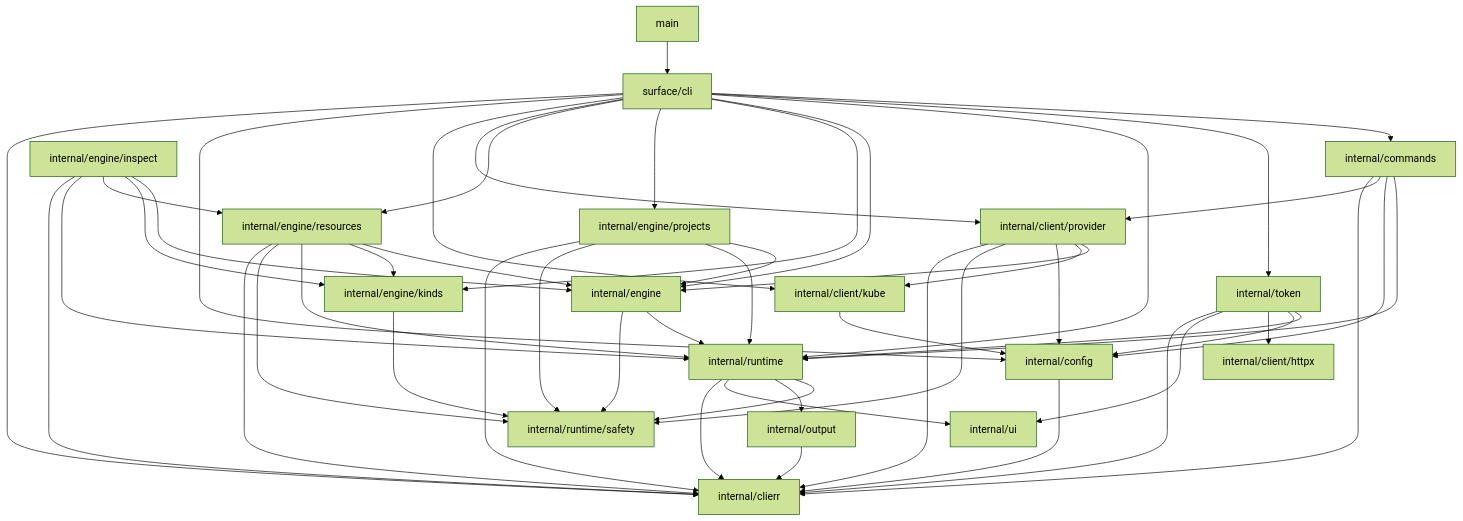
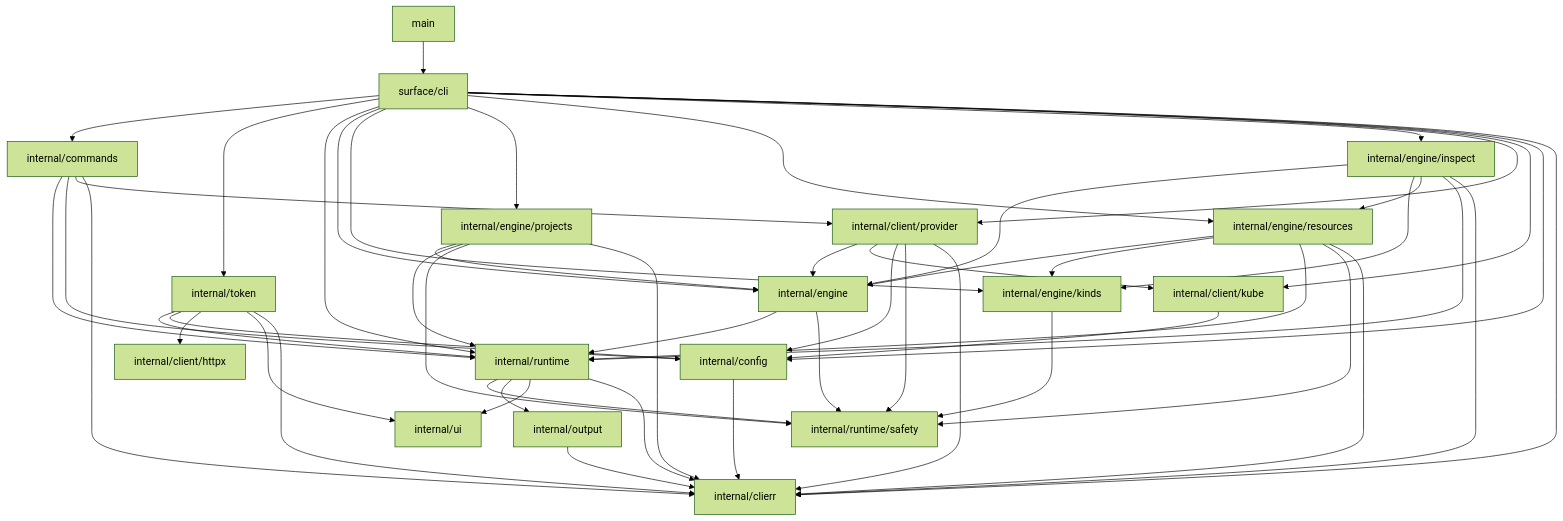
One commit to rancher/rancher-cli changed the diagram in ARCHITECTURE.md. Above: the diagram before and after it, drawn with Mermaid (forest theme). The commit also changed 3 other files, not shown here.

First line of the commit message:
Wire the inspect composites into the CLI surface

```diff
--- a/ARCHITECTURE.md
+++ b/ARCHITECTURE.md
@@ -91,6 +91,7 @@
     cli --> kinds
     cli --> projects
     cli --> resources
+    cli --> inspect
     cli --> provider
     cli --> kube
     cli --> config
```
